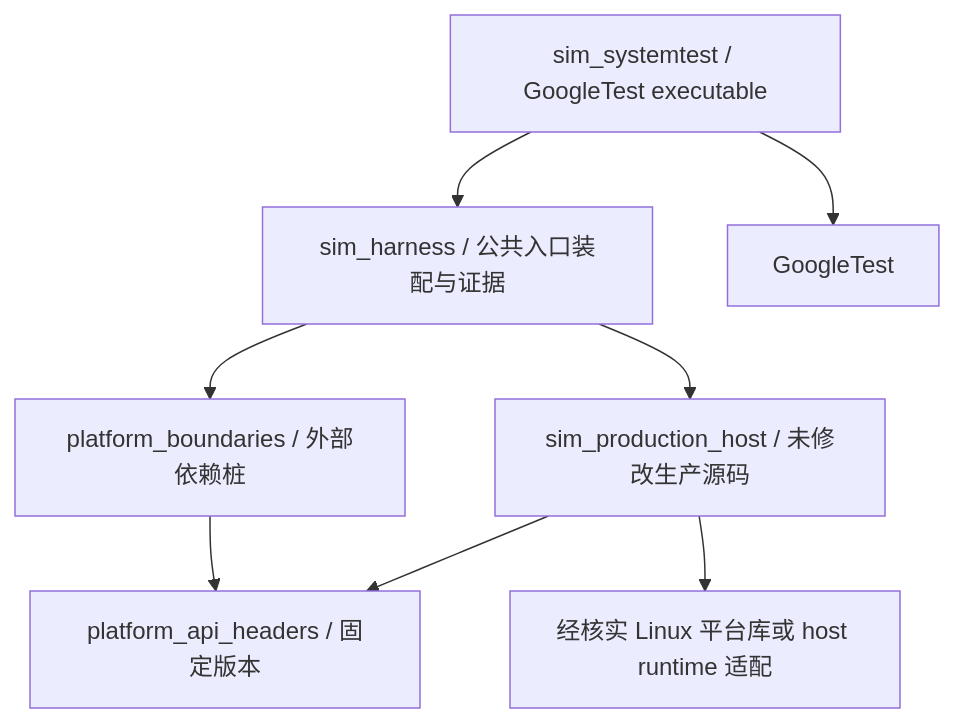
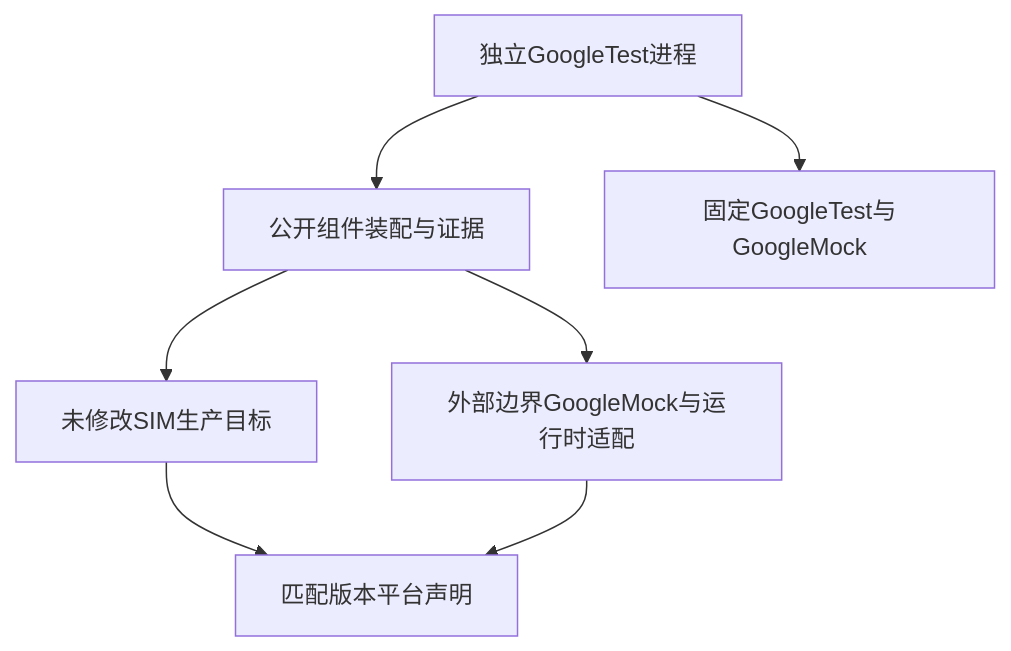
Before and after one commit to zjuluowu/multisim: the diagram in telephony_core_service/test/systemtest/docs/architecture.md, drawn with Mermaid. The commit also changed other lines of this file and 67 other files, not shown here.

Commit message:
docs(sim): unify architecture design and Linux test documentation

````diff
--- a/telephony_core_service/test/systemtest/docs/architecture.md
+++ b/telephony_core_service/test/systemtest/docs/architecture.md
@@ -29,10 +25,9 @@
 ```mermaid
 flowchart TD
-    G[sim_systemtest / GoogleTest executable] --> H[sim_harness / 公共入口装配与证据]
-    H --> P[sim_production_host / 未修改生产源码]
-    H --> S[platform_boundaries / 外部依赖桩]
-    P --> A[platform_api_headers / 固定版本]
+    G[独立GoogleTest进程] --> H[公开组件装配与证据]
+    H --> P[未修改SIM生产目标]
+    H --> S[外部边界GoogleMock与运行时适配]
+    P --> A[匹配版本平台声明]
     S --> A
-    G --> T[GoogleTest]
-    P --> L[经核实 Linux 平台库或 host runtime 适配]
+    G --> T[固定GoogleTest与GoogleMock]
 ```
````
